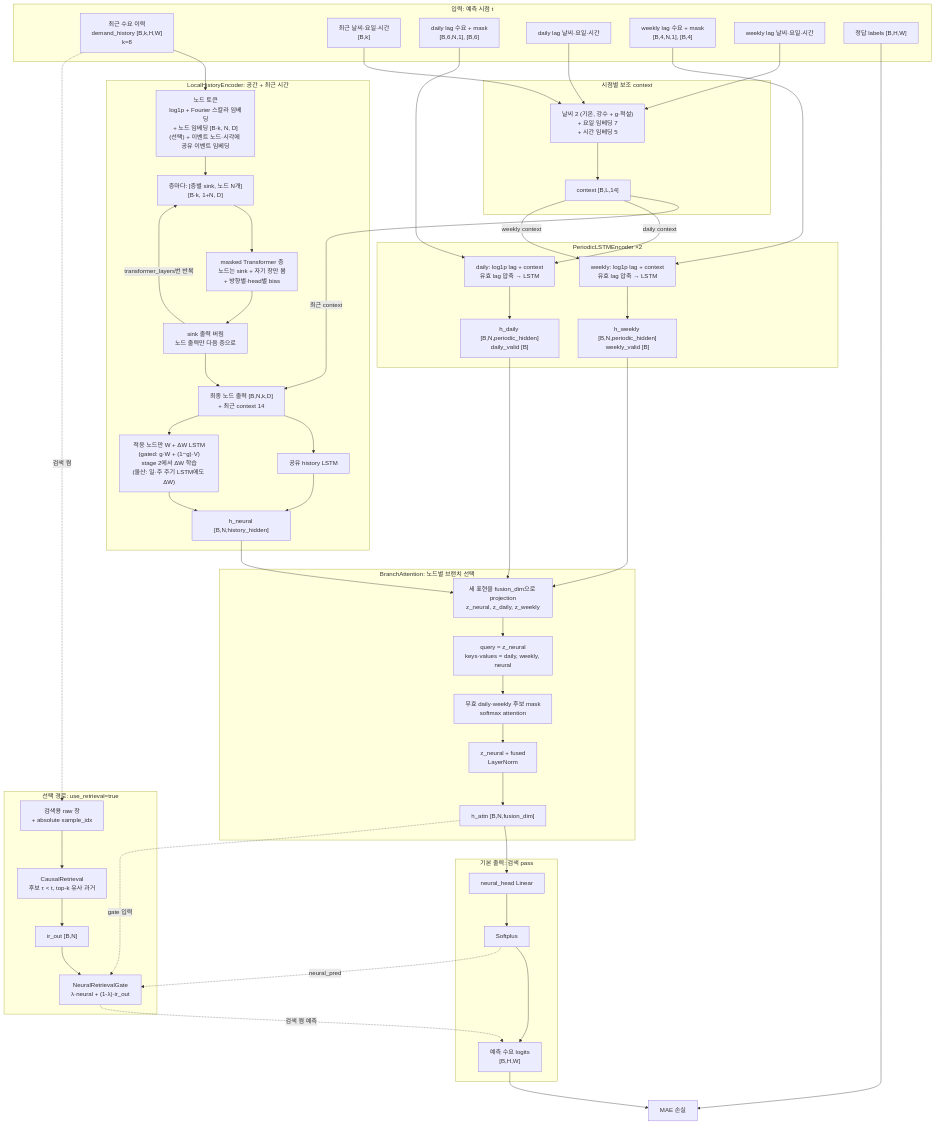
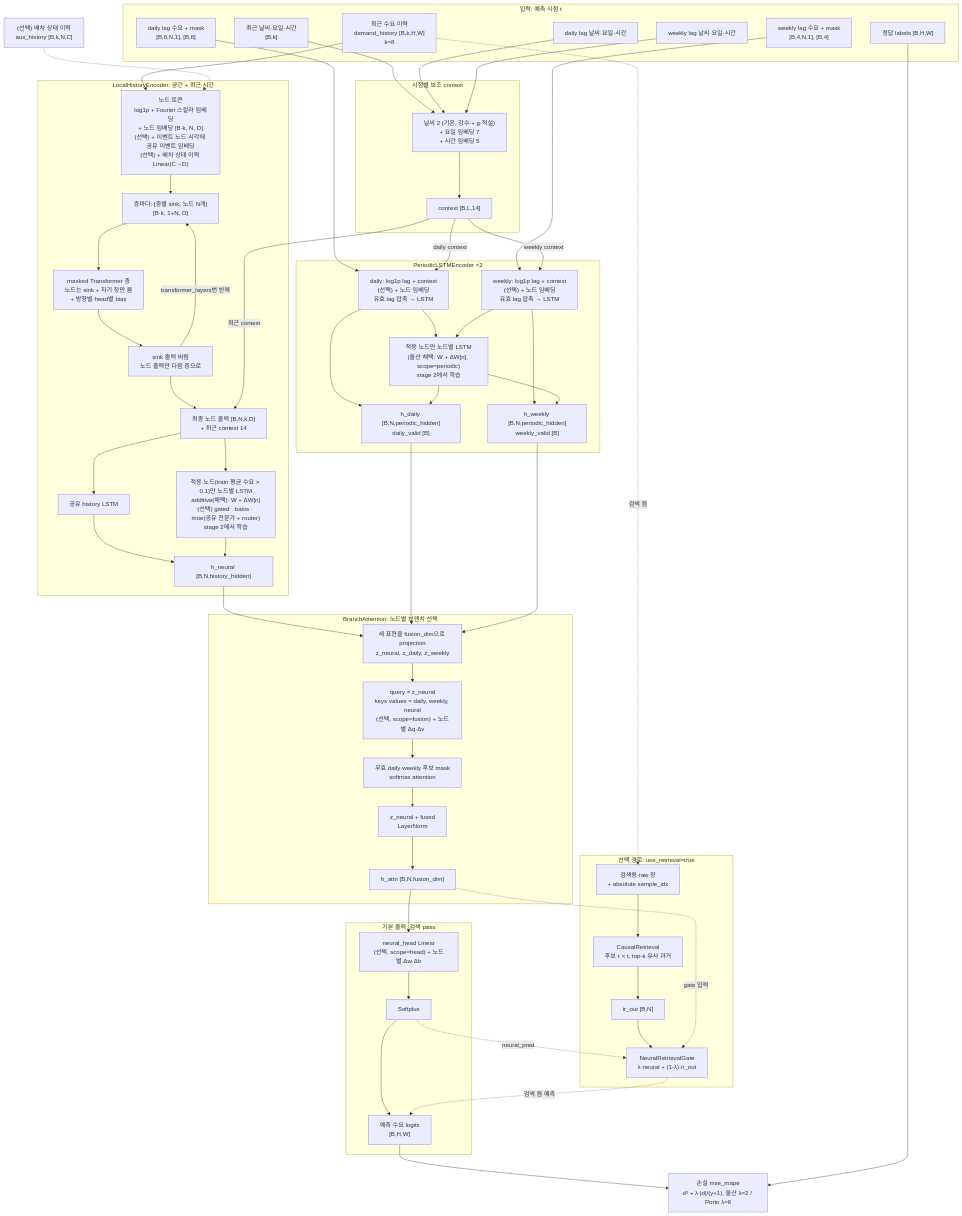
One commit to dev-jake-kim/demandprediction changed the diagram in docs/SPEC.md. Above: the diagram before and after it, drawn with Mermaid. The commit also changed other lines of this file, not shown here.

Commit message:
SPEC §1·§2: update data flow (mse_mape loss, periodic ΔW, MoE/aux/fusion/head options) and code map

```diff
--- a/docs/SPEC.md
+++ b/docs/SPEC.md
@@ -50,13 +50,13 @@
     WC --> C1
 
     subgraph LH["LocalHistoryEncoder: 공간 + 최근 시간"]
-        L1["노드 토큰<br/>log1p + Fourier 스칼라 임베딩<br/>+ 노드 임베딩 [B·k, N, D]<br/>(선택) + 이벤트 노드·시각에 공유 이벤트 임베딩"]
+        L1["노드 토큰<br/>log1p + Fourier 스칼라 임베딩<br/>+ 노드 임베딩 [B·k, N, D]<br/>(선택) + 이벤트 노드·시각에 공유 이벤트 임베딩<br/>(선택) + 배차 상태 이력 Linear(C→D)"]
         L2["층마다: [층별 sink, 노드 N개]<br/>[B·k, 1+N, D]"]
         L3["masked Transformer 층<br/>노드는 sink + 자기 창만 봄<br/>+ 방향별·head별 bias"]
         L4["sink 출력 버림<br/>노드 출력만 다음 층으로"]
         L5["최종 노드 출력 [B,N,k,D]<br/>+ 최근 context 14"]
         L6["공유 history LSTM"]
-        L7["적응 노드만 W + ΔW LSTM<br/>(gated: g·W + (1−g)·V)<br/>stage 2에서 ΔW 학습<br/>(울산: 일·주 주기 LSTM에도 ΔW)"]
+        L7["적응 노드(train 평균 수요 > 0.1)만 노드별 LSTM<br/>additive(채택): W + ΔW[n]<br/>(선택) gated · basis · moe(공유 전문가 + router)<br/>stage 2에서 학습"]
         HN["h_neural [B,N,history_hidden]"]
         L1 --> L2 --> L3 --> L4
         L4 -->|"transformer_layers번 반복"| L2
@@ -65,15 +65,21 @@
     end
 
     H --> L1
+    AUX["(선택) 배차 상태 이력<br/>aux_history [B,k,N,C]"] -.-> L1
     C2 -->|"최근 context"| L5
 
     subgraph PER["PeriodicLSTMEncoder ×2"]
-        P1["daily: log1p lag + context<br/>유효 lag 압축 → LSTM"]
-        P2["weekly: log1p lag + context<br/>유효 lag 압축 → LSTM"]
+        P1["daily: log1p lag + context<br/>(선택) + 노드 임베딩<br/>유효 lag 압축 → LSTM"]
+        P2["weekly: log1p lag + context<br/>(선택) + 노드 임베딩<br/>유효 lag 압축 → LSTM"]
+        P3["적응 노드만 노드별 LSTM<br/>(울산 채택: W + ΔW[n], scope=periodic)<br/>stage 2에서 학습"]
         HD["h_daily [B,N,periodic_hidden]<br/>daily_valid [B]"]
         HW["h_weekly [B,N,periodic_hidden]<br/>weekly_valid [B]"]
         P1 --> HD
         P2 --> HW
+        P1 --> P3
+        P2 --> P3
+        P3 --> HD
+        P3 --> HW
     end
 
     D --> P1
@@ -83,7 +89,7 @@
 
     subgraph ATT["BranchAttention: 노드별 브랜치 선택"]
         A1["세 표현을 fusion_dim으로 projection<br/>z_neural, z_daily, z_weekly"]
-        A2["query = z_neural<br/>keys·values = daily, weekly, neural"]
+        A2["query = z_neural<br/>keys·values = daily, weekly, neural<br/>(선택, scope=fusion) + 노드별 Δq·Δv"]
         A3["무효 daily·weekly 후보 mask<br/>softmax attention"]
         A4["z_neural + fused<br/>LayerNorm"]
         HA["h_attn [B,N,fusion_dim]"]
@@ -95,14 +101,14 @@
     HW --> A1
 
     subgraph OUT["기본 출력: 검색 pass"]
-        O1["neural_head Linear"]
+        O1["neural_head Linear<br/>(선택, scope=head) + 노드별 Δw·Δb"]
         O2["Softplus"]
         PRED["예측 수요 logits<br/>[B,H,W]"]
         O1 --> O2 --> PRED
     end
 
     HA --> O1
-    PRED --> LOSS["MAE 손실"]
+    PRED --> LOSS["손실 mse_mape<br/>d² + λ·|d|/(y+1), 울산 λ=2 / Porto λ=6"]
     Y --> LOSS
 
     subgraph RET["선택 경로: use_retrieval=true"]
```
